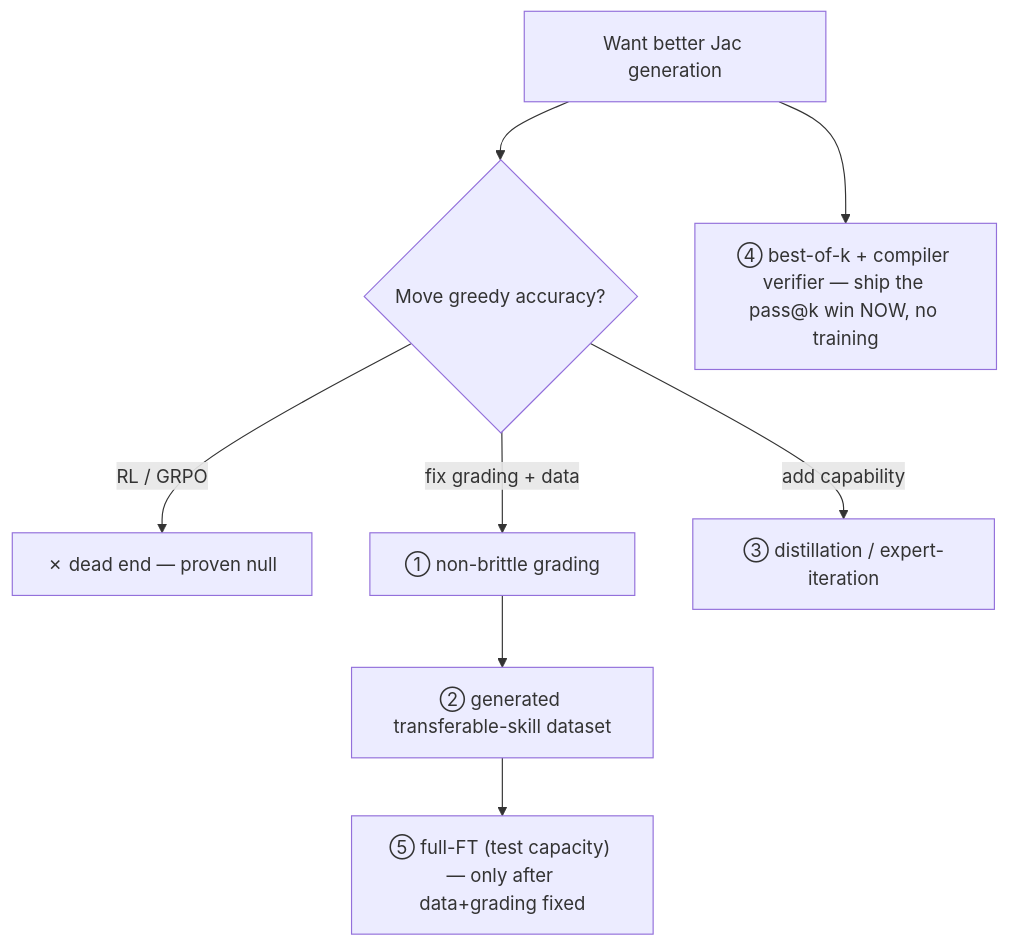
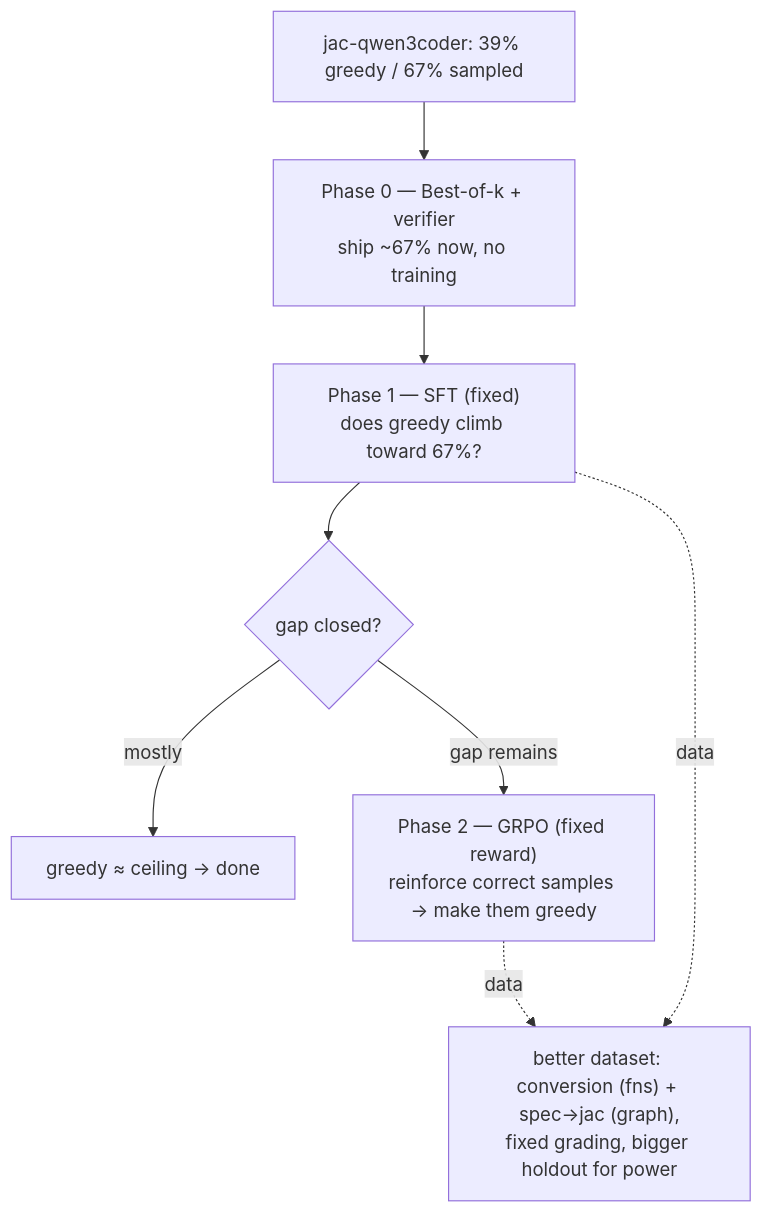
One commit to jaseci-labs/Jac_Model_Experiments changed the diagram in RL_FINDINGS.md. Above: the diagram before and after it, drawn with Mermaid. The commit also changed other lines of this file and 1 other file, not shown here.

````diff
--- a/RL_FINDINGS.md
+++ b/RL_FINDINGS.md
@@ -165,10 +121,10 @@
 ```mermaid
 flowchart TD
-    Q["Want better Jac generation"] --> M{"Move greedy accuracy?"}
-    M -->|"RL / GRPO"| D["✗ dead end — proven null"]
-    M -->|"fix grading + data"| F1["① non-brittle grading"]
-    M -->|"add capability"| F3["③ distillation / expert-iteration"]
-    Q --> Ship["④ best-of-k + compiler verifier — ship the pass@k win NOW, no training"]
-    F1 --> F2["② generated transferable-skill dataset"]
-    F2 --> F5["⑤ full-FT (test capacity) — only after data+grading fixed"]
+    M["jac-qwen3coder: 39% greedy / 67% sampled"] --> P0
+    P0["Phase 0 — Best-of-k + verifier<br/>ship ~67% now, no training"] --> P1
+    P1["Phase 1 — SFT (fixed)<br/>does greedy climb toward 67%?"] --> Q{gap closed?}
+    Q -->|"mostly"| Done["greedy ≈ ceiling → done"]
+    Q -->|"gap remains"| P2["Phase 2 — GRPO (fixed reward)<br/>reinforce correct samples → make them greedy"]
+    P1 -.data.-> D["better dataset: conversion (fns) + spec→jac (graph),<br/>fixed grading, bigger holdout for power"]
+    P2 -.data.-> D
 ```
````
